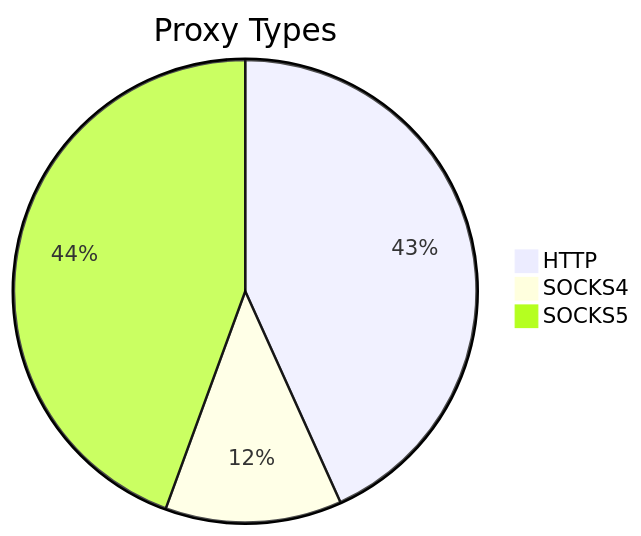
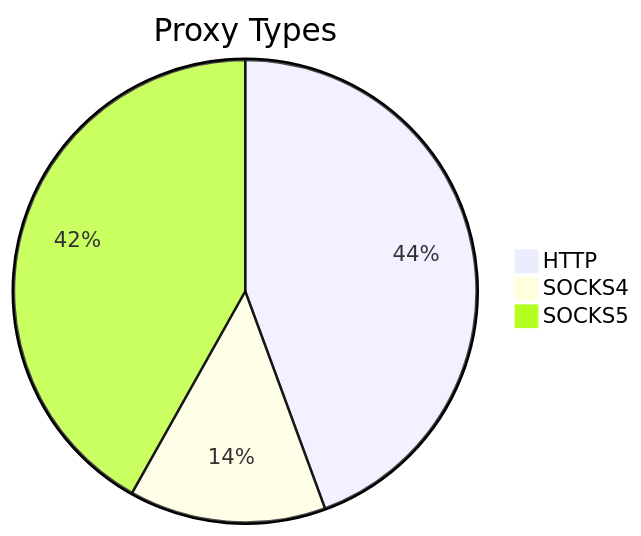
The first of 2 diagrams in README.md (stormsia/proxy-list), drawn with Mermaid before and after one commit. The commit also changed other lines of this file, not shown here.

````diff
--- a/README.md
+++ b/README.md
@@ -21,6 +21,6 @@
 ```mermaid
 pie title Proxy Types
-    "HTTP" : 186
-    "SOCKS4" : 53
-    "SOCKS5" : 191
+    "HTTP" : 210
+    "SOCKS4" : 65
+    "SOCKS5" : 198
 ```
````
